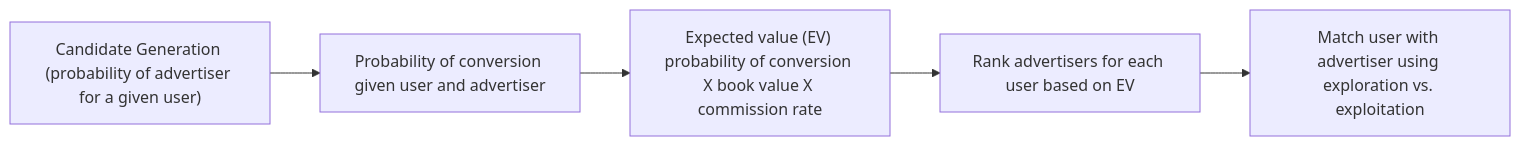
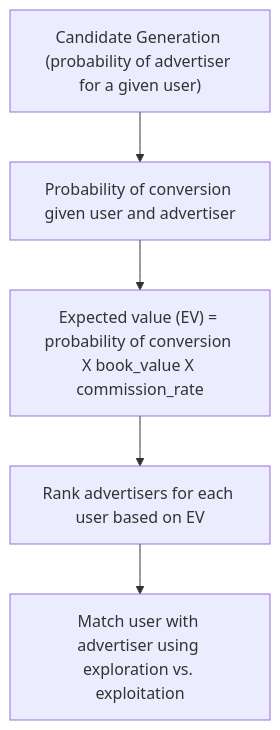
The diagram in README.md (drfaizyahsan/expected-value-router-adtech), drawn with Mermaid before and after one commit.

Commit message:
readme added

````diff
--- a/README.md
+++ b/README.md
@@ -6,8 +6,8 @@
 ```mermaid
-flowchart LR
+flowchart TD
     A["Candidate Generation (probability of advertiser for a given user)"] -->
     B["Probability of conversion given user and advertiser"]
-    B --> C["Expected value (EV) probability of conversion X book value X commission rate"]
+    B --> C["Expected value (EV) = probability of conversion X book_value X commission_rate"]
     C --> D["Rank advertisers for each user based on EV"]
     D --> E["Match user with advertiser using exploration vs. exploitation"]
 ```
````
